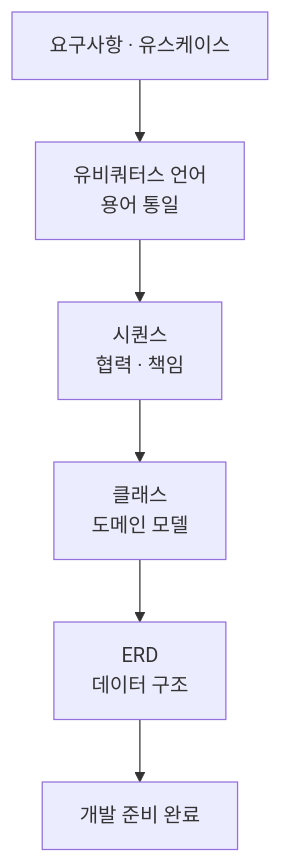
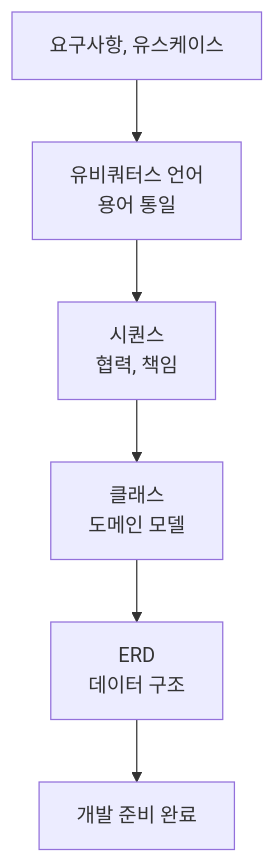
Before and after one commit to Hwasowl/every-dev: the diagram in src/data/content/arch-software-design.md, drawn with Mermaid. The commit also changed other lines of this file and 16 other files, not shown here.

````diff
--- a/src/data/content/arch-software-design.md
+++ b/src/data/content/arch-software-design.md
@@ -21,8 +21,8 @@
 ```mermaid
 flowchart TD
-    A["요구사항 · 유스케이스"] --> B["유비쿼터스 언어<br/>용어 통일"]
-    B --> C["시퀀스<br/>협력 · 책임"]
+    A["요구사항, 유스케이스"] --> B["유비쿼터스 언어<br/>용어 통일"]
+    B --> C["시퀀스<br/>협력, 책임"]
     C --> D["클래스<br/>도메인 모델"]
     D --> E["ERD<br/>데이터 구조"]
     E --> F["개발 준비 완료"]
 ```
````
